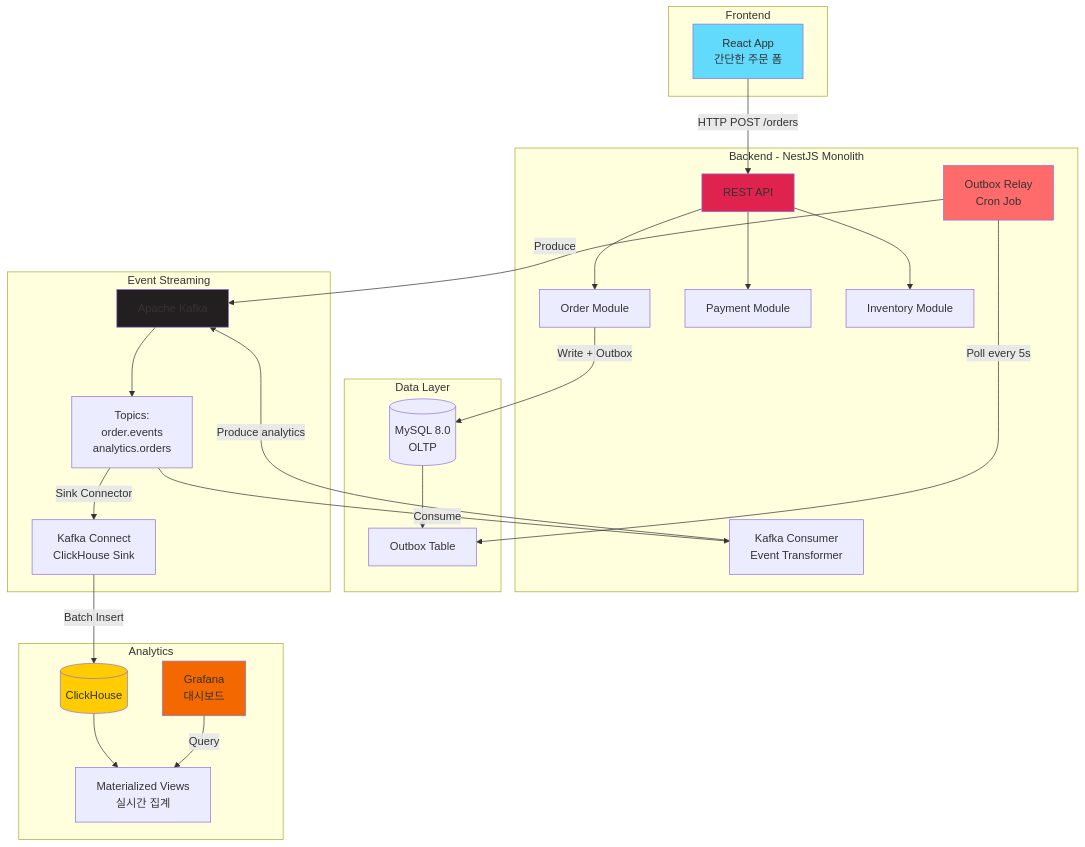
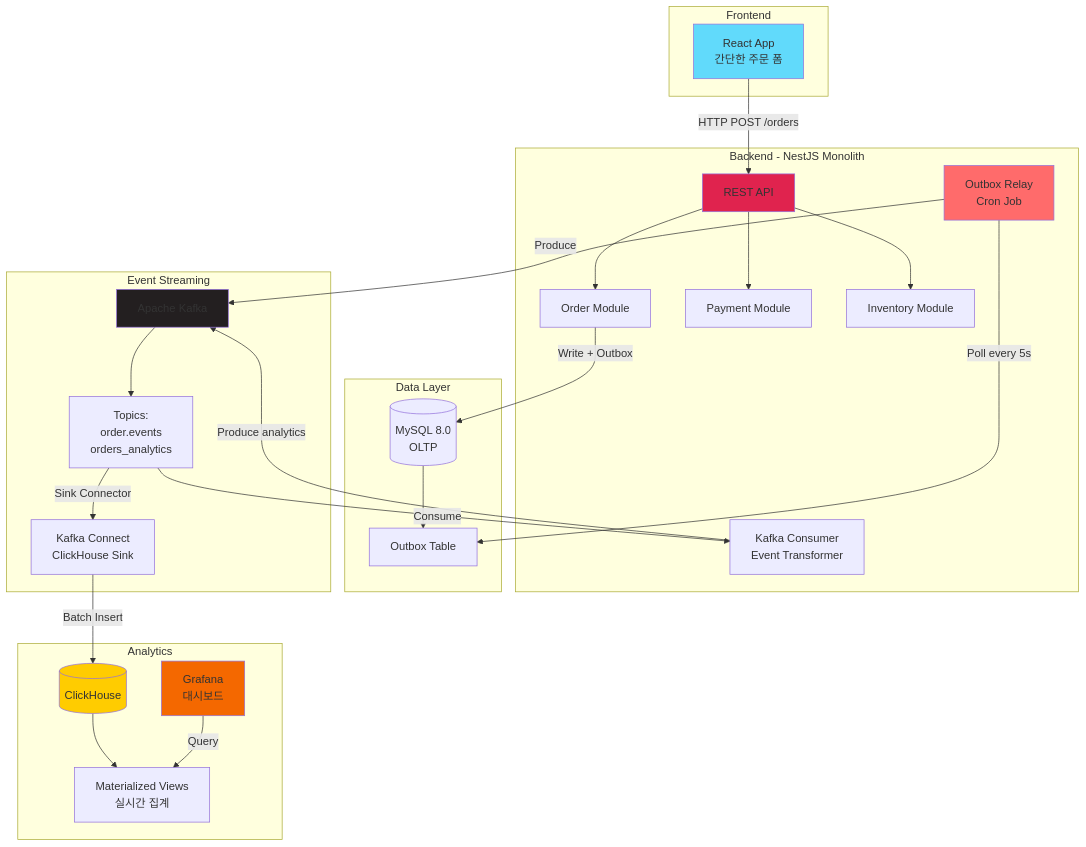
The diagram in docs/architecture/ADR-001-event-driven-architecture.md (duarbdhks/nestjs-cllickhouse), drawn with Mermaid before and after one commit. The commit also changed other lines of this file and 3 other files, not shown here.

````diff
--- a/docs/architecture/ADR-001-event-driven-architecture.md
+++ b/docs/architecture/ADR-001-event-driven-architecture.md
@@ -382,60 +382,60 @@
 ```mermaid
 graph TB
     subgraph "Frontend"
         React[React App<br/>간단한 주문 폼]
     end
 
     subgraph "Backend - NestJS Monolith"
         API[REST API]
         OrderModule[Order Module]
         PaymentModule[Payment Module]
         InventoryModule[Inventory Module]
         OutboxRelay[Outbox Relay<br/>Cron Job]
         KafkaConsumer[Kafka Consumer<br/>Event Transformer]
     end
 
     subgraph "Data Layer"
         MySQL[(MySQL 8.0<br/>OLTP)]
         OutboxTable[Outbox Table]
     end
 
     subgraph "Event Streaming"
         Kafka[Apache Kafka]
-        Topics["Topics:<br/>order.events<br/>analytics.orders"]
+        Topics["Topics:<br/>order.events<br/>orders_analytics"]
         KafkaConnect[Kafka Connect<br/>ClickHouse Sink]
     end
 
     subgraph "Analytics"
         ClickHouse[(ClickHouse)]
         MaterializedViews[Materialized Views<br/>실시간 집계]
         Grafana[Grafana<br/>대시보드]
     end
 
     React -->|HTTP POST /orders| API
     API --> OrderModule
     API --> PaymentModule
     API --> InventoryModule
 
     OrderModule -->|Write + Outbox| MySQL
     MySQL --> OutboxTable
 
     OutboxRelay -->|Poll every 5s| OutboxTable
     OutboxRelay -->|Produce| Kafka
 
     Kafka --> Topics
     Topics -->|Consume| KafkaConsumer
     KafkaConsumer -->|Produce analytics| Kafka
 
     Topics -->|Sink Connector| KafkaConnect
     KafkaConnect -->|Batch Insert| ClickHouse
 
     ClickHouse --> MaterializedViews
     Grafana -->|Query| MaterializedViews
 
     style React fill:#61dafb
     style API fill:#e0234e
     style OutboxRelay fill:#ff6b6b
     style Kafka fill:#231f20
     style ClickHouse fill:#ffcc00
     style Grafana fill:#f46800
 ```
````
